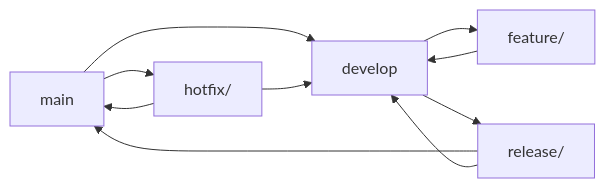
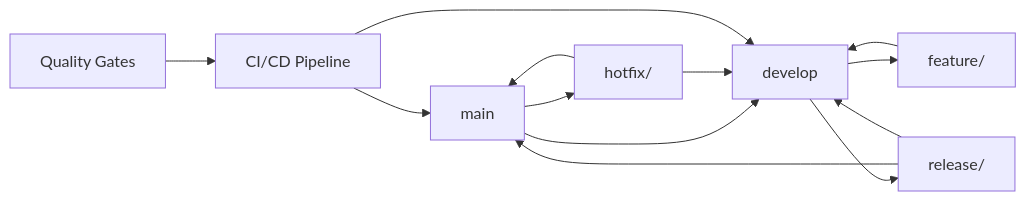
Before and after one commit to hediloup/medhead: the second of 2 diagrams in README.md, drawn with Mermaid. The commit also changed other lines of this file and 63 other files, not shown here.

````diff
--- a/README.md
+++ b/README.md
@@ -555,13 +810,17 @@
 ```mermaid
 graph LR
     A[main] --> B[develop]
     B --> C[feature/]
     B --> D[release/]
     A --> E[hotfix/]
     
     C --> B
     D --> A
     D --> B
     E --> A
     E --> B
+    
+    F[CI/CD Pipeline] --> A
+    F --> B
+    G[Quality Gates] --> F
 ```
````
